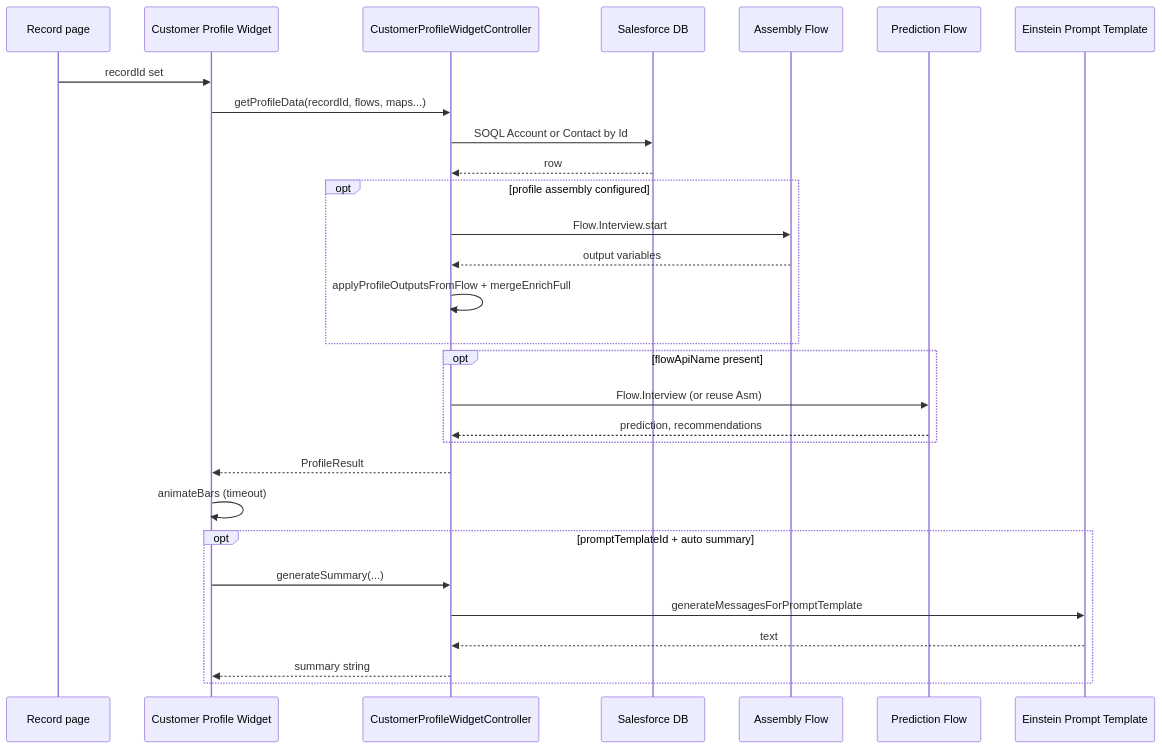
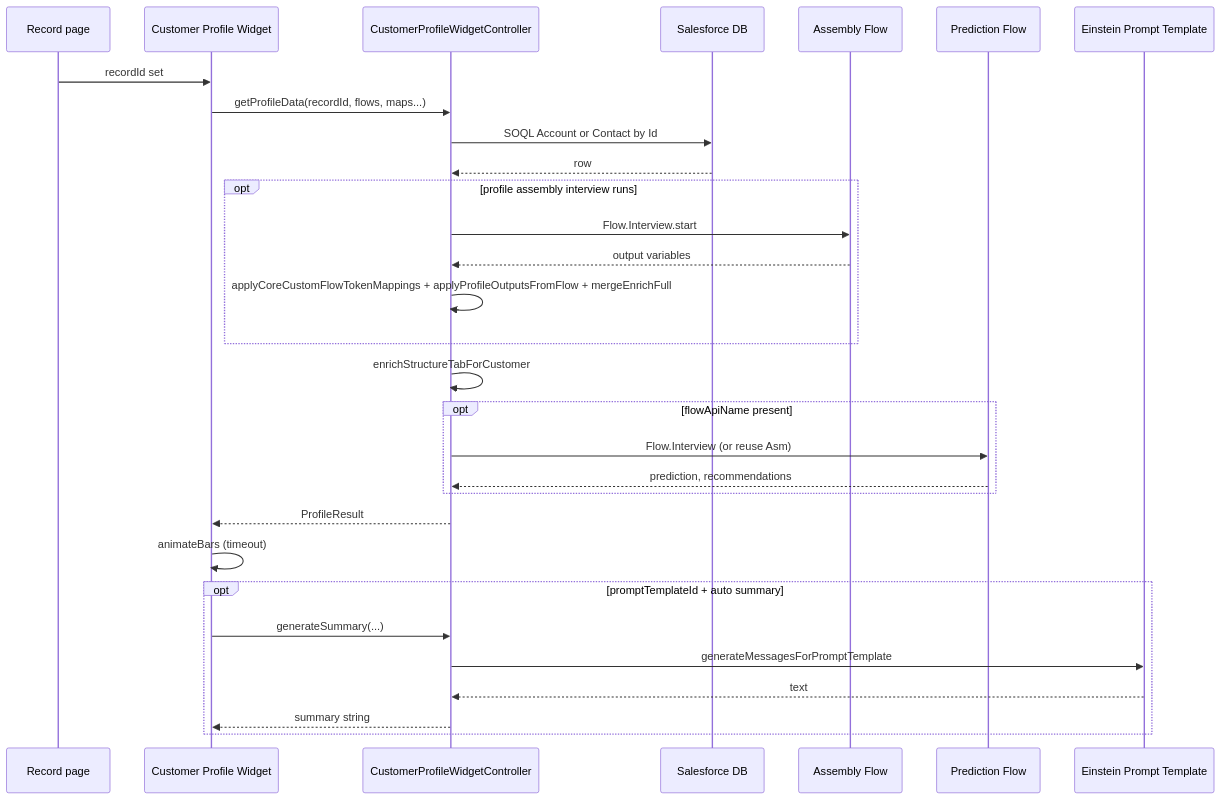
The first of 2 diagrams in DC_PersonProfileWidget/docs/ARCHITECTURE.md (josers18/JDO), drawn with Mermaid before and after one commit. The commit also changed other lines of this file and 51 other files, not shown here.

First line of the commit message:
Docs: Customer profile flow/SOQL mapping; full Business profile docs; monorepo index

````diff
--- a/DC_PersonProfileWidget/docs/ARCHITECTURE.md
+++ b/DC_PersonProfileWidget/docs/ARCHITECTURE.md
@@ -52,32 +54,33 @@
 ```mermaid
 sequenceDiagram
     participant Page as Record page
     participant LWC as Customer Profile Widget
     participant Apex as CustomerProfileWidgetController
     participant DB as Salesforce DB
     participant Asm as Assembly Flow
     participant Pred as Prediction Flow
     participant E as Einstein Prompt Template
 
     Page->>LWC: recordId set
     LWC->>Apex: getProfileData(recordId, flows, maps...)
     Apex->>DB: SOQL Account or Contact by Id
     DB-->>Apex: row
-    opt profile assembly configured
+    opt profile assembly interview runs
         Apex->>Asm: Flow.Interview.start
         Asm-->>Apex: output variables
-        Apex->>Apex: applyProfileOutputsFromFlow + mergeEnrichFull
+        Apex->>Apex: applyCoreCustomFlowTokenMappings + applyProfileOutputsFromFlow + mergeEnrichFull
     end
+    Apex->>Apex: enrichStructureTabForCustomer
     opt flowApiName present
         Apex->>Pred: Flow.Interview (or reuse Asm)
         Pred-->>Apex: prediction, recommendations
     end
     Apex-->>LWC: ProfileResult
     LWC->>LWC: animateBars (timeout)
     opt promptTemplateId + auto summary
         LWC->>Apex: generateSummary(...)
         Apex->>E: generateMessagesForPromptTemplate
         E-->>Apex: text
         Apex-->>LWC: summary string
     end
 ```
````
